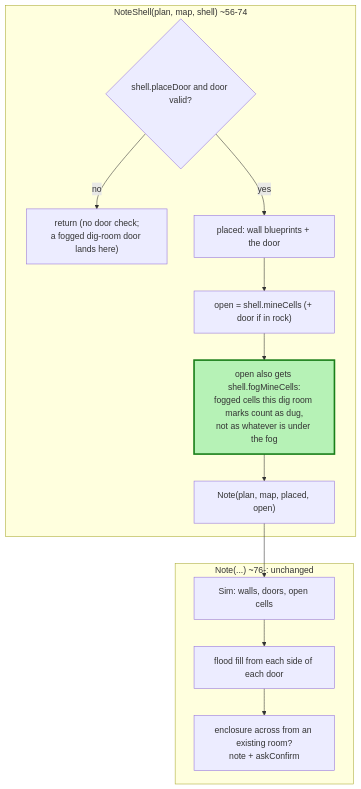
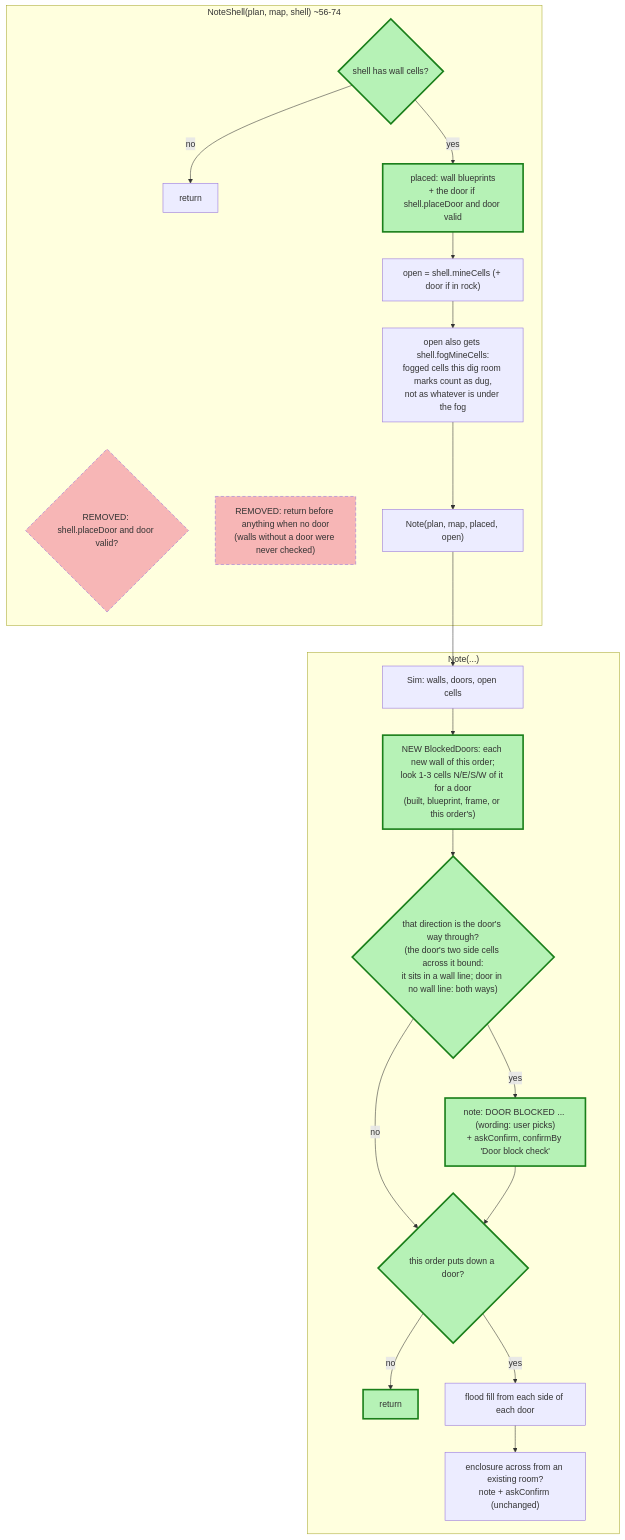
Before and after one commit to dongk99/VerbalCommandsCSharpSource: the diagram in AgentDoorCheck.cs.mmd, drawn with Mermaid. The commit also changed 22 other files, not shown here.

First line of the commit message:
Hourly draft-watch and forbidden list; forbid by ID, cell, room ID and doors to outdoors

```diff
--- a/AgentDoorCheck.cs.mmd
+++ b/AgentDoorCheck.cs.mmd
@@ -1,15 +1,25 @@
 flowchart TB
   subgraph ns["NoteShell(plan, map, shell) ~56-74"]
-    a{"shell.placeDoor and door valid?"} -- no --> ret["return (no door check;<br/>a fogged dig-room door lands here)"]
-    a -- yes --> b["placed: wall blueprints + the door"]
+    a0{"shell has wall cells?"} -- no --> ret0["return"]
+    a0 -- yes --> b["placed: wall blueprints<br/>+ the door if shell.placeDoor and door valid"]
+    a{"REMOVED: shell.placeDoor and door valid?"}
+    ret["REMOVED: return before anything when no door<br/>(walls without a door were never checked)"]
     b --> c["open = shell.mineCells (+ door if in rock)"]
     c --> c2["open also gets shell.fogMineCells:<br/>fogged cells this dig room marks count as dug,<br/>not as whatever is under the fog"]
     c2 --> d["Note(plan, map, placed, open)"]
   end
-  subgraph nt["Note(...) ~76-: unchanged"]
+  subgraph nt["Note(...)"]
     d --> e["Sim: walls, doors, open cells"]
-    e --> f["flood fill from each side of each door"]
-    f --> g["enclosure across from an existing room?<br/>note + askConfirm"]
+    e --> bl["NEW BlockedDoors: each new wall of this order;<br/>look 1-3 cells N/E/S/W of it for a door<br/>(built, blueprint, frame, or this order's)"]
+    bl --> ax{"that direction is the door's way through?<br/>(the door's two side cells across it bound:<br/>it sits in a wall line; door in no wall line: both ways)"}
+    ax -- yes --> bn["note: DOOR BLOCKED ... (wording: user picks)<br/>+ askConfirm, confirmBy 'Door block check'"]
+    ax -- no --> nd
+    bn --> nd{"this order puts down a door?"}
+    nd -- no --> ret2["return"]
+    nd -- yes --> f["flood fill from each side of each door"]
+    f --> g["enclosure across from an existing room?<br/>note + askConfirm (unchanged)"]
   end
-  class c2 new
+  class a0,b,bl,ax,bn,nd,ret2 new
+  class a,ret removed
   classDef new fill:#b6f2b6,stroke:#1a7f1a,stroke-width:3px
+  classDef removed fill:#f7b6b6,stroke-dasharray:6 4
```
